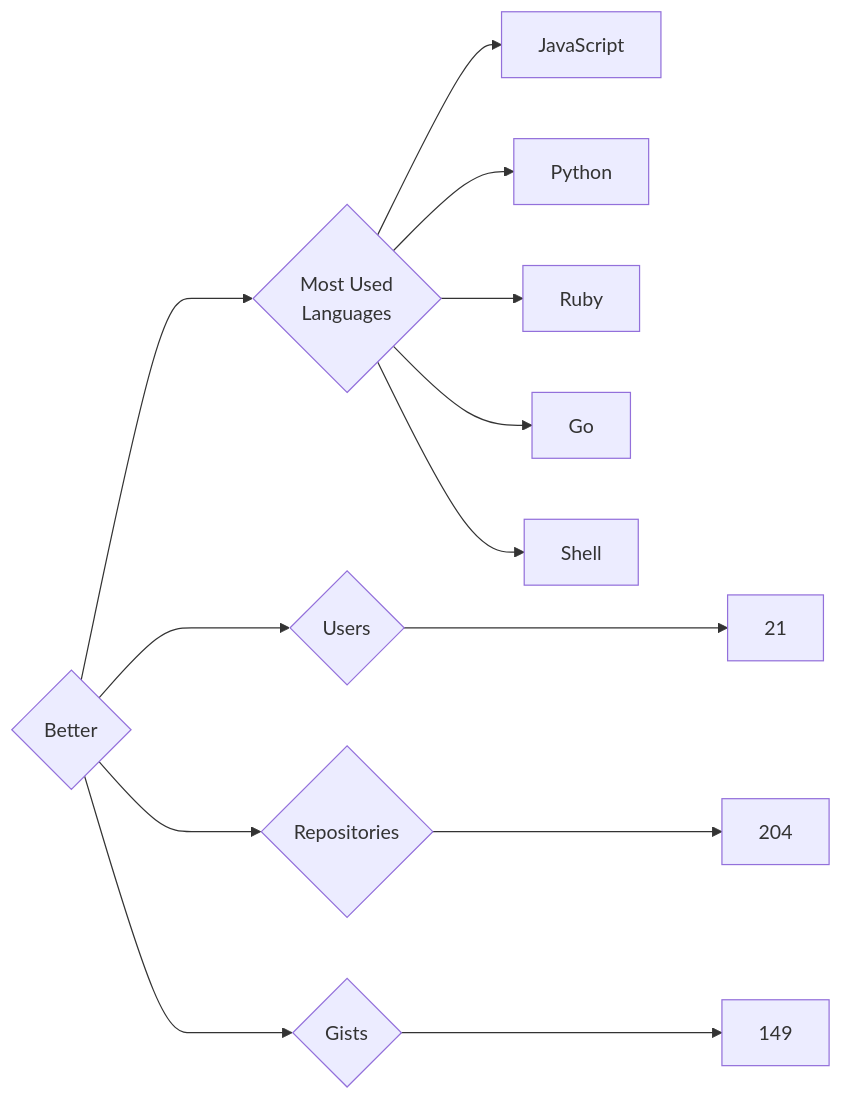
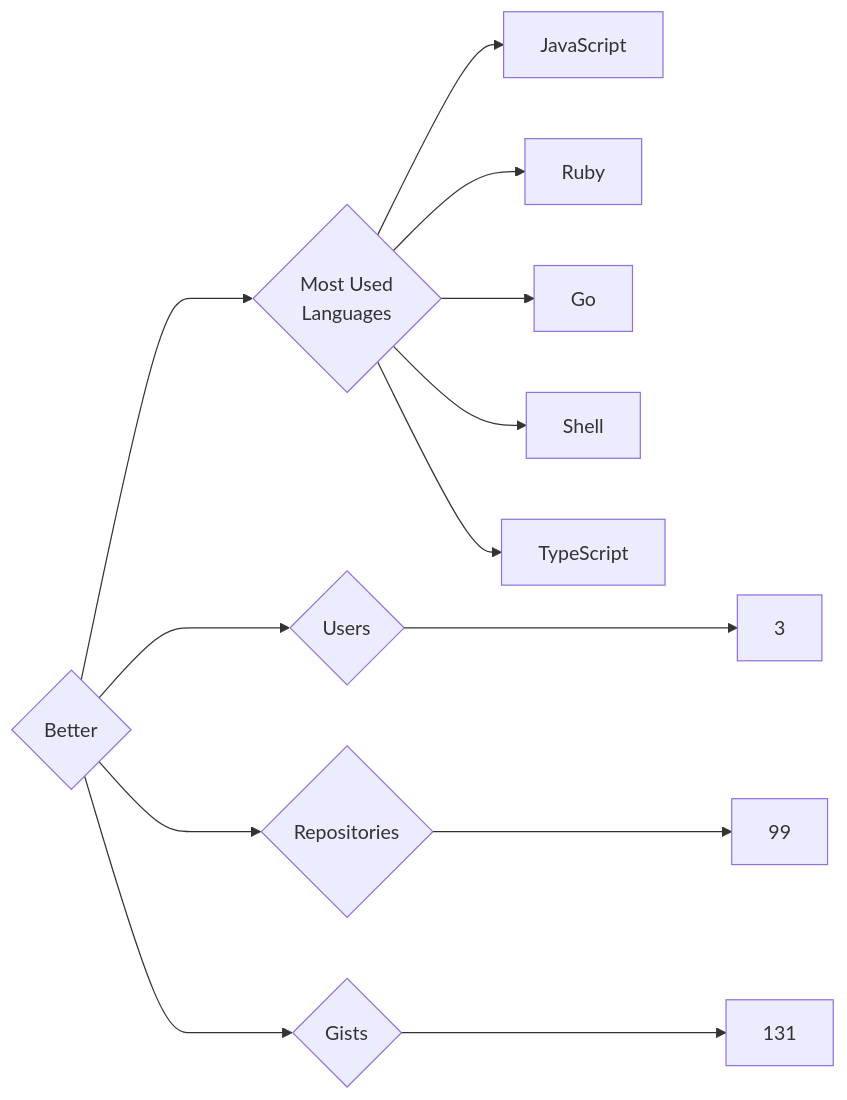
Before and after one commit to trickest/insiders: the diagram in targets/Better/README.md, drawn with Mermaid. The commit also changed 569 other files, not shown here.

````diff
--- a/targets/Better/README.md
+++ b/targets/Better/README.md
@@ -3,13 +3,13 @@
 ```mermaid
 graph LR
 COMPANY_NAME{Better}
-COMPANY_NAME ---> U{Users} ---> UN[21]
-COMPANY_NAME ---> R{Repositories} ---> RN[204]
-COMPANY_NAME ---> G{Gists} ---> GN[149]
+COMPANY_NAME ---> U{Users} ---> UN[3]
+COMPANY_NAME ---> R{Repositories} ---> RN[99]
+COMPANY_NAME ---> G{Gists} ---> GN[131]
 COMPANY_NAME ---> ML{Most Used<br>Languages}
 ML --> JavaScript[JavaScript]
-ML --> Python[Python]
 ML --> Ruby[Ruby]
 ML --> Go[Go]
 ML --> Shell[Shell]
+ML --> TypeScript[TypeScript]
 ```
````
